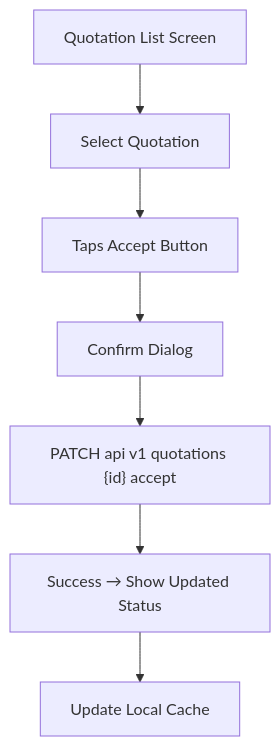
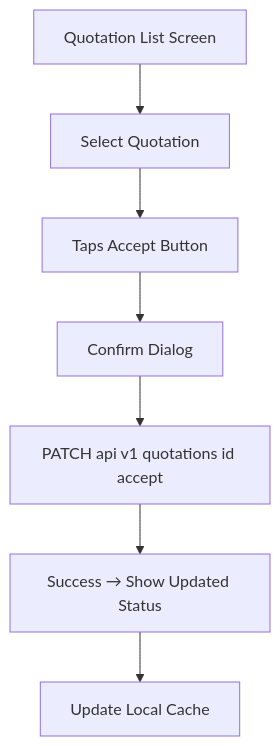
One commit to PraveenGPTrueReach/solarium-docs changed the fourth of 6 diagrams in L3-LLD-CUSTAP.md. Above: the diagram before and after it, drawn with Mermaid. The commit also changed 1 other file, not shown here.

````diff
--- a/L3-LLD-CUSTAP.md
+++ b/L3-LLD-CUSTAP.md
@@ -220,10 +220,10 @@
 ```mermaid
 flowchart TB
     A["Quotation List Screen"] --> B["Select Quotation"]
     B --> C["Taps Accept Button"]
     C --> D["Confirm Dialog"]
-    D --> E["PATCH api v1 quotations {id} accept"]
+    D --> E["PATCH api v1 quotations id accept"]
     E --> F["Success → Show Updated Status"]
     F --> G["Update Local Cache"]
 
 ```
````
